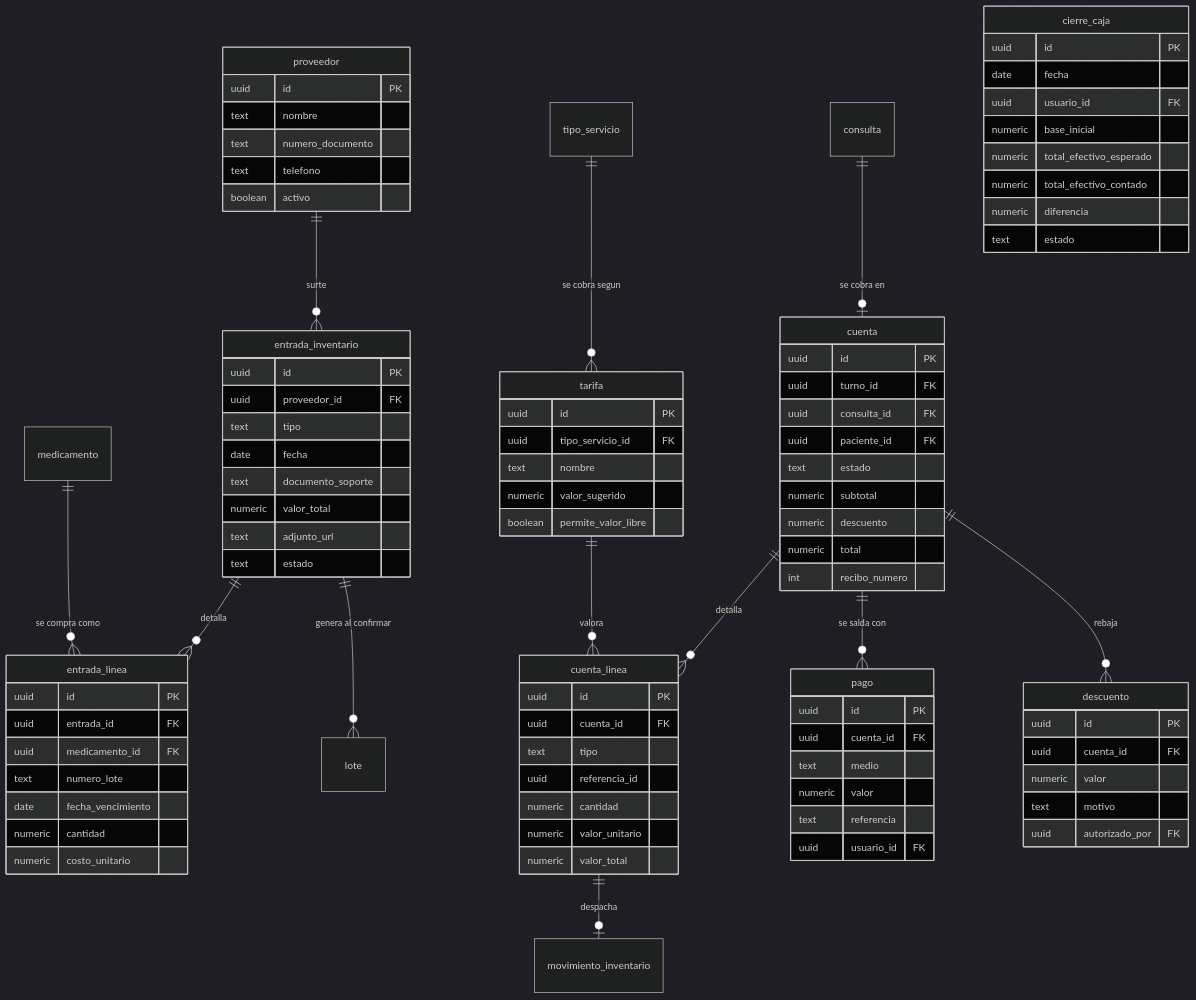
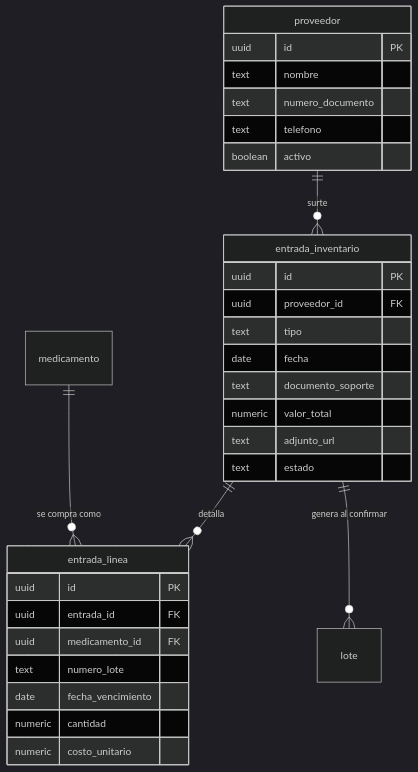
Before and after one commit to leoCortes123/chasqui-pet: the second of 2 diagrams in docs/modelo-datos.md, drawn with Mermaid (dark theme). The commit also changed other lines of this file and 14 other files, not shown here.

Commit message:
Cobro: cuenta, pagos, descuentos, recibo y cierre de caja (paso 5)

````diff
--- a/docs/modelo-datos.md
+++ b/docs/modelo-datos.md
@@ -413,15 +522,6 @@
     entrada_inventario ||--o{ lote : "genera al confirmar"
     proveedor ||--o{ entrada_inventario : "surte"
     medicamento ||--o{ entrada_linea : "se compra como"
-
-    tipo_servicio ||--o{ tarifa : "se cobra segun"
-
-    consulta ||--o| cuenta : "se cobra en"
-    cuenta ||--o{ cuenta_linea : "detalla"
-    cuenta ||--o{ pago : "se salda con"
-    cuenta ||--o{ descuento : "rebaja"
-    tarifa ||--o{ cuenta_linea : "valora"
-    cuenta_linea ||--o| movimiento_inventario : "despacha"
 
     proveedor {
         uuid id PK
@@ -452,62 +552,4 @@
         numeric costo_unitario
     }
 
-    tarifa {
-        uuid id PK
-        uuid tipo_servicio_id FK
-        text nombre
-        numeric valor_sugerido
-        boolean permite_valor_libre
-    }
-
-    cuenta {
-        uuid id PK
-        uuid turno_id FK
-        uuid consulta_id FK
-        uuid paciente_id FK
-        text estado
-        numeric subtotal
-        numeric descuento
-        numeric total
-        int recibo_numero
-    }
-
-    cuenta_linea {
-        uuid id PK
-        uuid cuenta_id FK
-        text tipo
-        uuid referencia_id
-        numeric cantidad
-        numeric valor_unitario
-        numeric valor_total
-    }
-
-    descuento {
-        uuid id PK
-        uuid cuenta_id FK
-        numeric valor
-        text motivo
-        uuid autorizado_por FK
-    }
-
-    pago {
-        uuid id PK
-        uuid cuenta_id FK
-        text medio
-        numeric valor
-        text referencia
-        uuid usuario_id FK
-    }
-
-    cierre_caja {
-        uuid id PK
-        date fecha
-        uuid usuario_id FK
-        numeric base_inicial
-        numeric total_efectivo_esperado
-        numeric total_efectivo_contado
-        numeric diferencia
-        text estado
-    }
-
 ```
````
